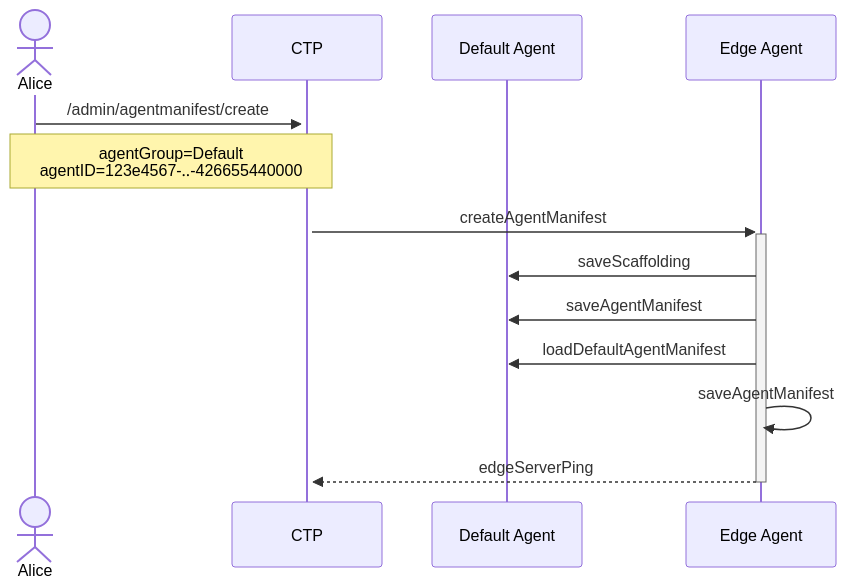
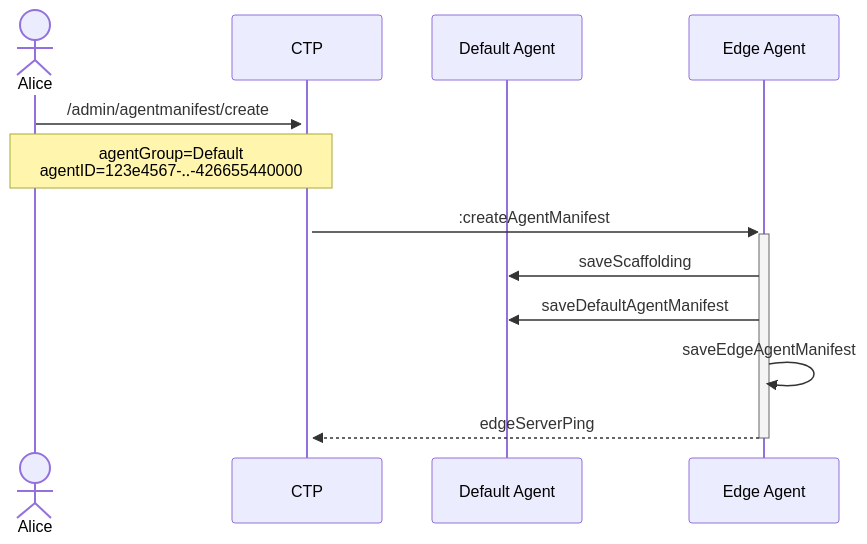
Before and after one commit to t-ibm/didymus: the diagram in app/src/doc/templates/createEdgeDefault.mmd, drawn with Mermaid. The commit also changed 2 other files, not shown here.

Commit message:
Fixing/updating all sequence diagrams

```diff
--- a/app/src/doc/templates/createEdgeDefault.mmd
+++ b/app/src/doc/templates/createEdgeDefault.mmd
@@ -1,13 +1,12 @@
 sequenceDiagram
     actor A as Alice
     participant C as CTP
     participant D as Default Agent
     participant E as Edge Agent
     A->>+C: /admin/agentmanifest/create
     Note over A,C: agentGroup=Default<br>agentID=123e4567-#8229;-426655440000
-    C->>+E: createAgentManifest
+    C->>+E: :createAgentManifest
     E->>D: saveScaffolding
-    E->>D: saveAgentManifest
-    E->>D: loadDefaultAgentManifest
-    E->>E: saveAgentManifest
+    E->>D: saveDefaultAgentManifest
+    E->>E: saveEdgeAgentManifest
     E-->>-C: edgeServerPing
```
